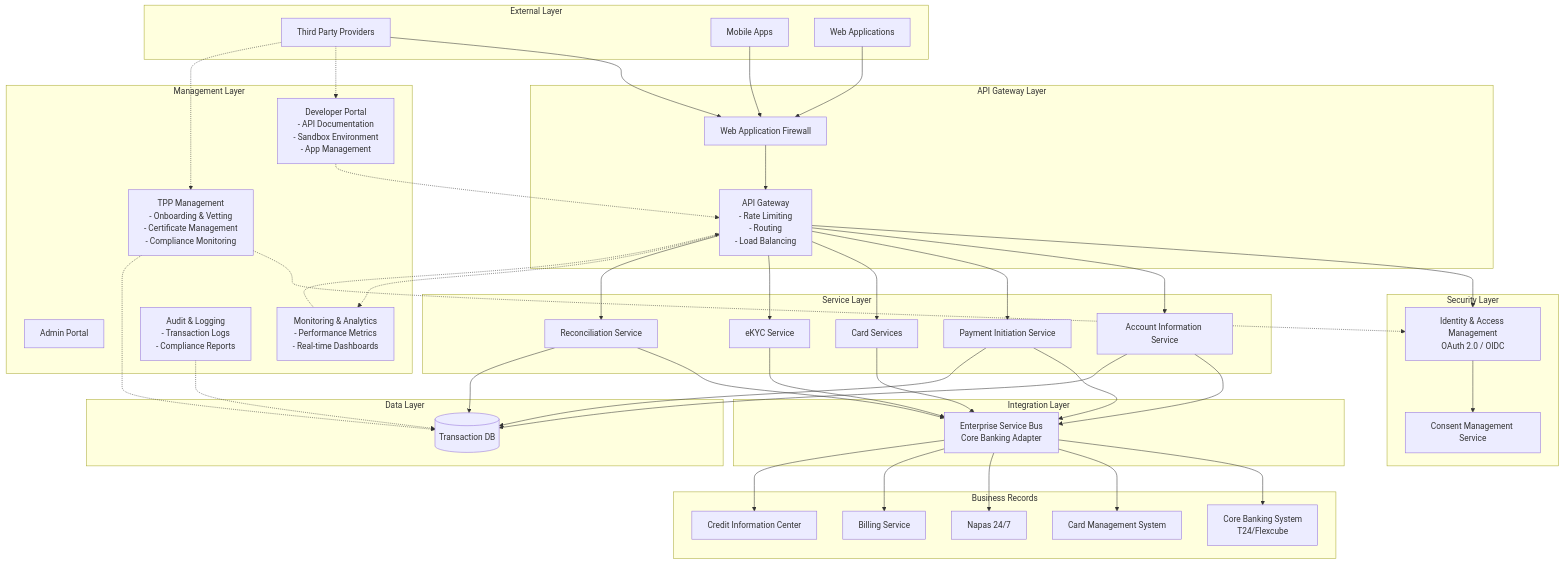
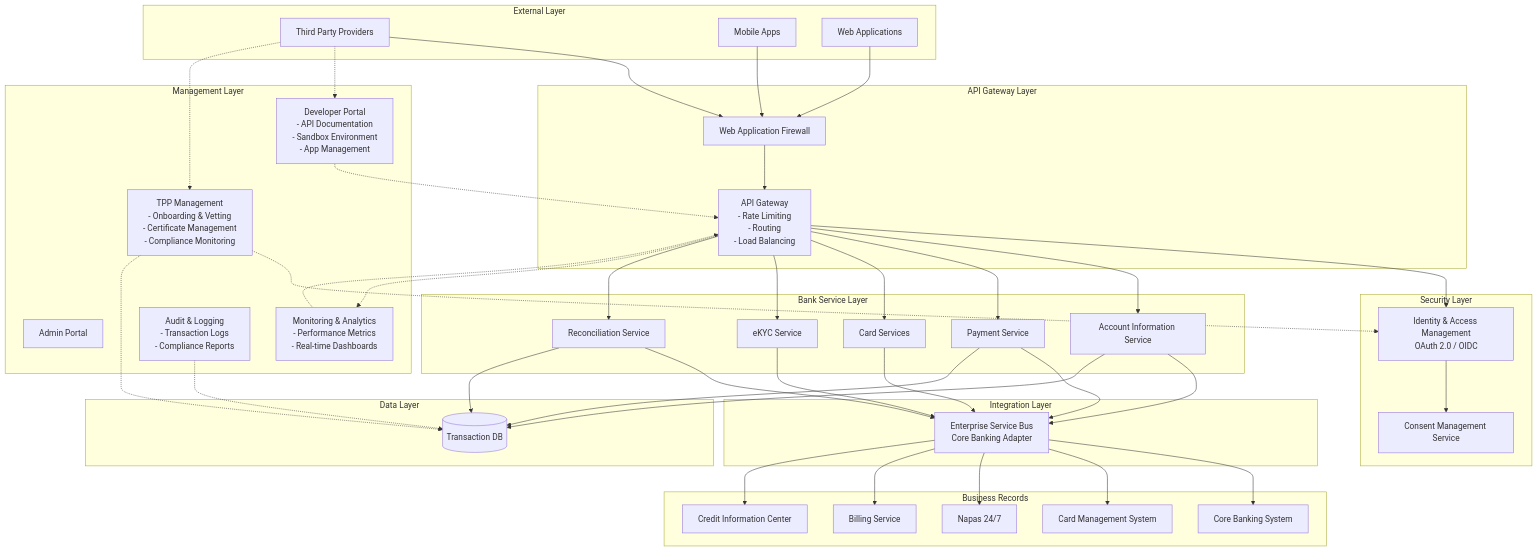
The first of 2 diagrams in 01-Kien-truc-he-thong.md (huuhoait/openbanking-vn-specs), drawn with Mermaid before and after one commit.

```diff
--- a/01-Kien-truc-he-thong.md
+++ b/01-Kien-truc-he-thong.md
@@ -24,9 +24,9 @@
         Consent[Consent Management Service]
     end
     
-    subgraph "Service Layer"
+    subgraph "Bank Service Layer"
         AIS[Account Information Service]
-        PIS[Payment Initiation Service]
+        PIS[Payment Service]
         CardSvc[Card Services]
         eKYC[eKYC Service]
         Recon[Reconciliation Service]
@@ -37,7 +37,7 @@
     end
     
     subgraph "Business Records"
-        CoreBank[Core Banking System<br/>T24/Flexcube]
+        CoreBank[Core Banking System]
         CardSystem[Card Management System]
         CIC[Credit Information Center]
         Napas[Napas 24/7]
```
